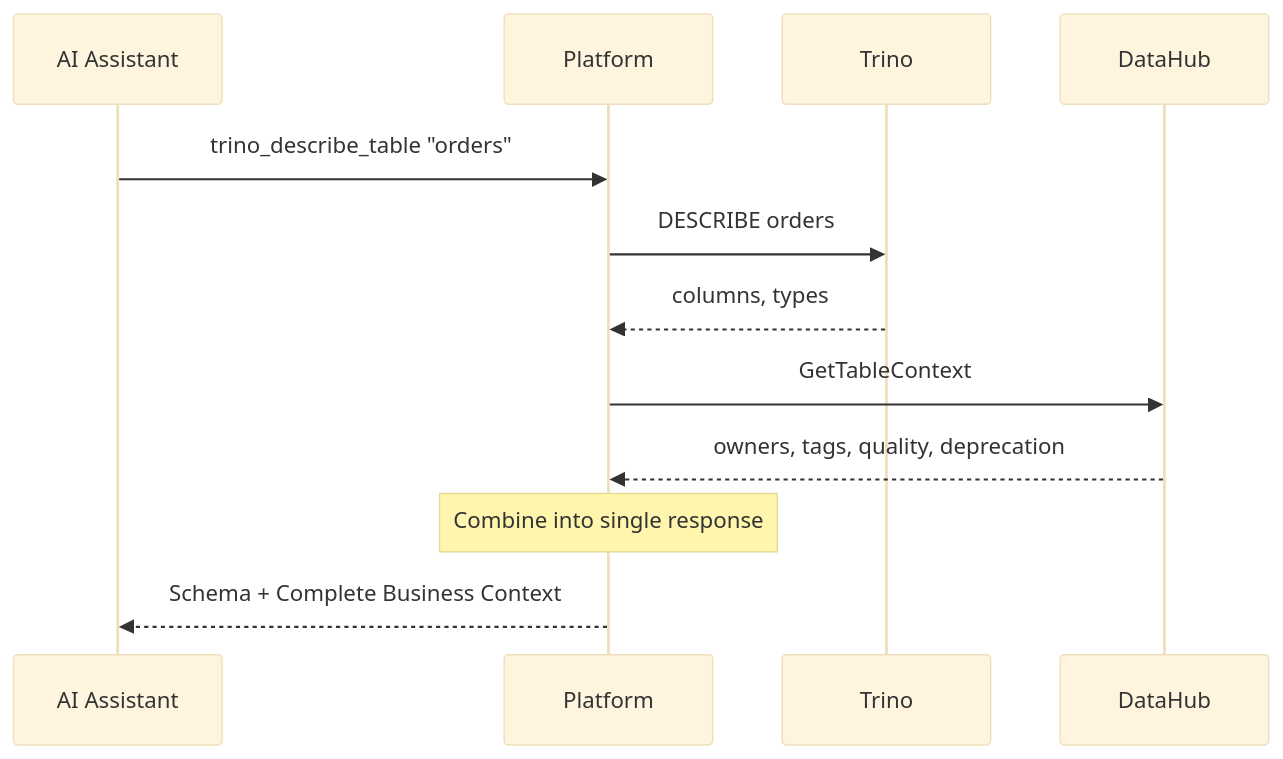
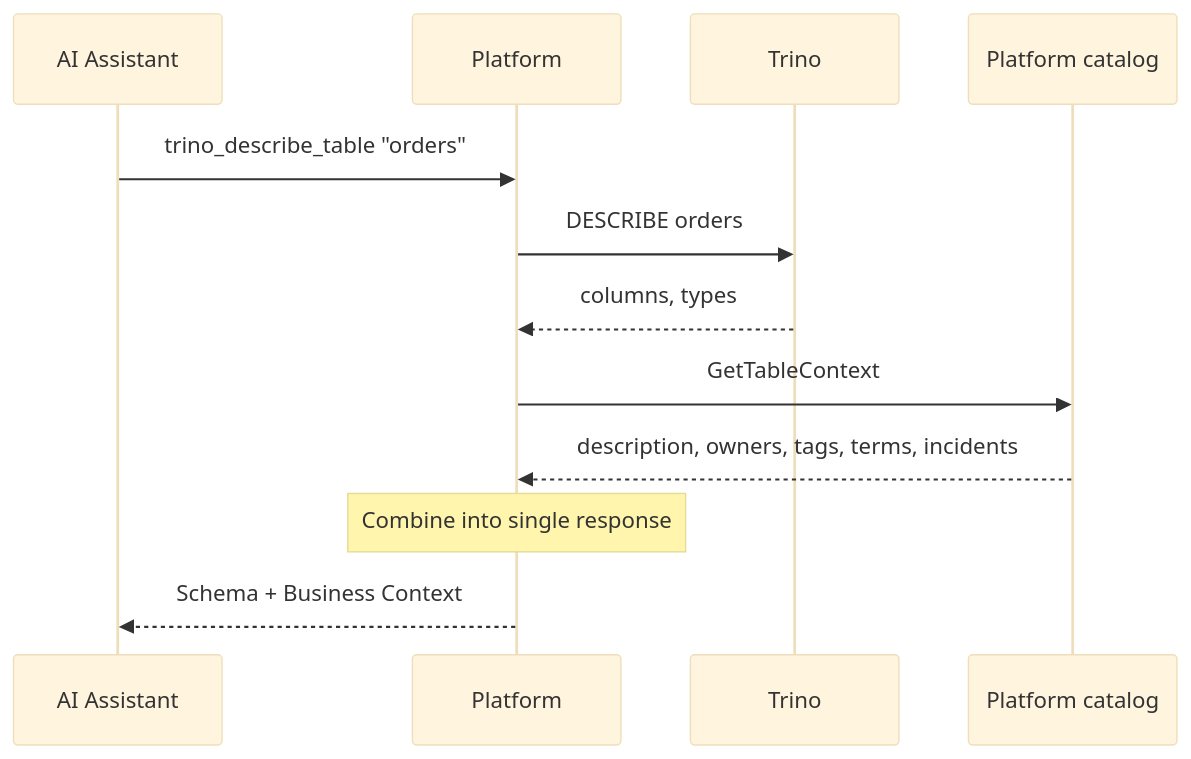
One commit to txn2/mcp-data-platform changed the second of 4 diagrams in docs/cross-enrichment/overview.md. Above: the diagram before and after it, drawn with Mermaid (base theme). The commit also changed other lines of this file and 746 other files, not shown here.

First line of the commit message:
feat(catalog): portal catalog, search/fetch reads, DataHub removed (#1916) (#2123)

````diff
--- a/docs/cross-enrichment/overview.md
+++ b/docs/cross-enrichment/overview.md
@@ -47,17 +41,17 @@
 ```mermaid
 sequenceDiagram
     participant AI as AI Assistant
     participant P as Platform
     participant T as Trino
-    participant D as DataHub
+    participant C as Platform catalog
 
     AI->>P: trino_describe_table "orders"
     P->>T: DESCRIBE orders
     T-->>P: columns, types
-    P->>D: GetTableContext
-    D-->>P: owners, tags, quality, deprecation
+    P->>C: GetTableContext
+    C-->>P: description, owners, tags, terms, incidents
 
     Note over P: Combine into single response
 
-    P-->>AI: Schema + Complete Business Context
+    P-->>AI: Schema + Business Context
 ```
````
